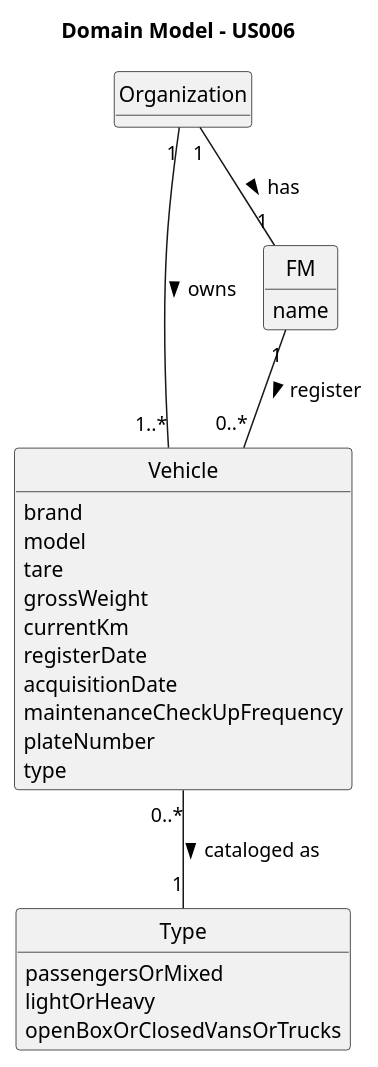
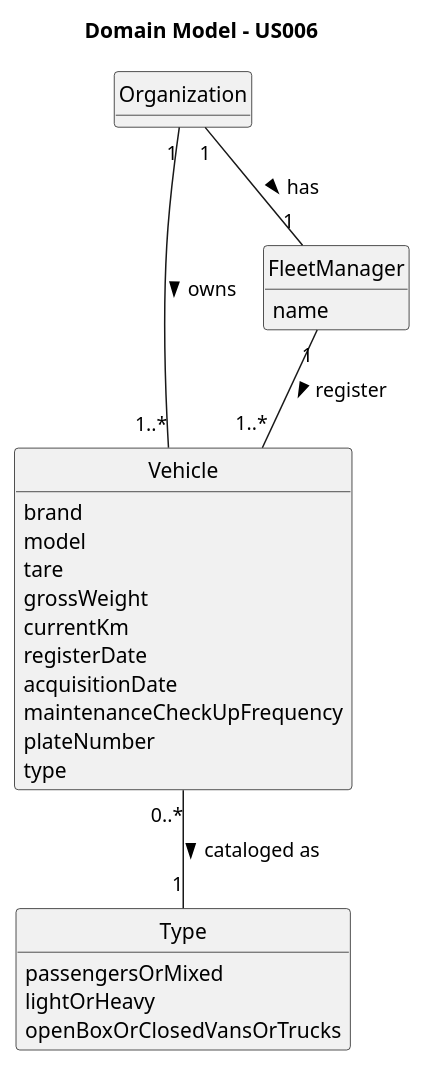
Before and after one commit to daniel41silva05/ISEP_2023_2024_LAPR2: the diagram in docs/sprintA/us006/02.analysis/puml/us006-domain-model.puml, drawn with PlantUML. The commit also changed 5 other files, not shown here.

```diff
--- a/docs/sprintA/us006/02.analysis/puml/us006-domain-model.puml
+++ b/docs/sprintA/us006/02.analysis/puml/us006-domain-model.puml
@@ -1,44 +1,44 @@
 @startuml
 skinparam monochrome true
 skinparam packageStyle rectangle
 skinparam shadowing false
 
 skinparam classAttributeIconSize 0
 
 hide circle
 hide methods
 
 title Domain Model - US006
 
 class Organization {
 }
 
 class Vehicle {
     brand
     model
     tare
     grossWeight
     currentKm
     registerDate
     acquisitionDate
     maintenanceCheckUpFrequency
     plateNumber
     type
 }
 
-class FM {
+class FleetManager {
     name
 }
 
 class Type {
     passengersOrMixed
     lightOrHeavy
     openBoxOrClosedVansOrTrucks
 }
 
-Organization "1" -- "1" FM : has >
+Organization "1" -- "1" FleetManager : has >
 Organization "1" -- "1..*" Vehicle : owns >
-FM "1" -- "0..*" Vehicle : register >
+FleetManager "1" -- "1..*" Vehicle : register >
 Vehicle "0..*" -- "1" Type : cataloged as >
 
 @enduml
```
